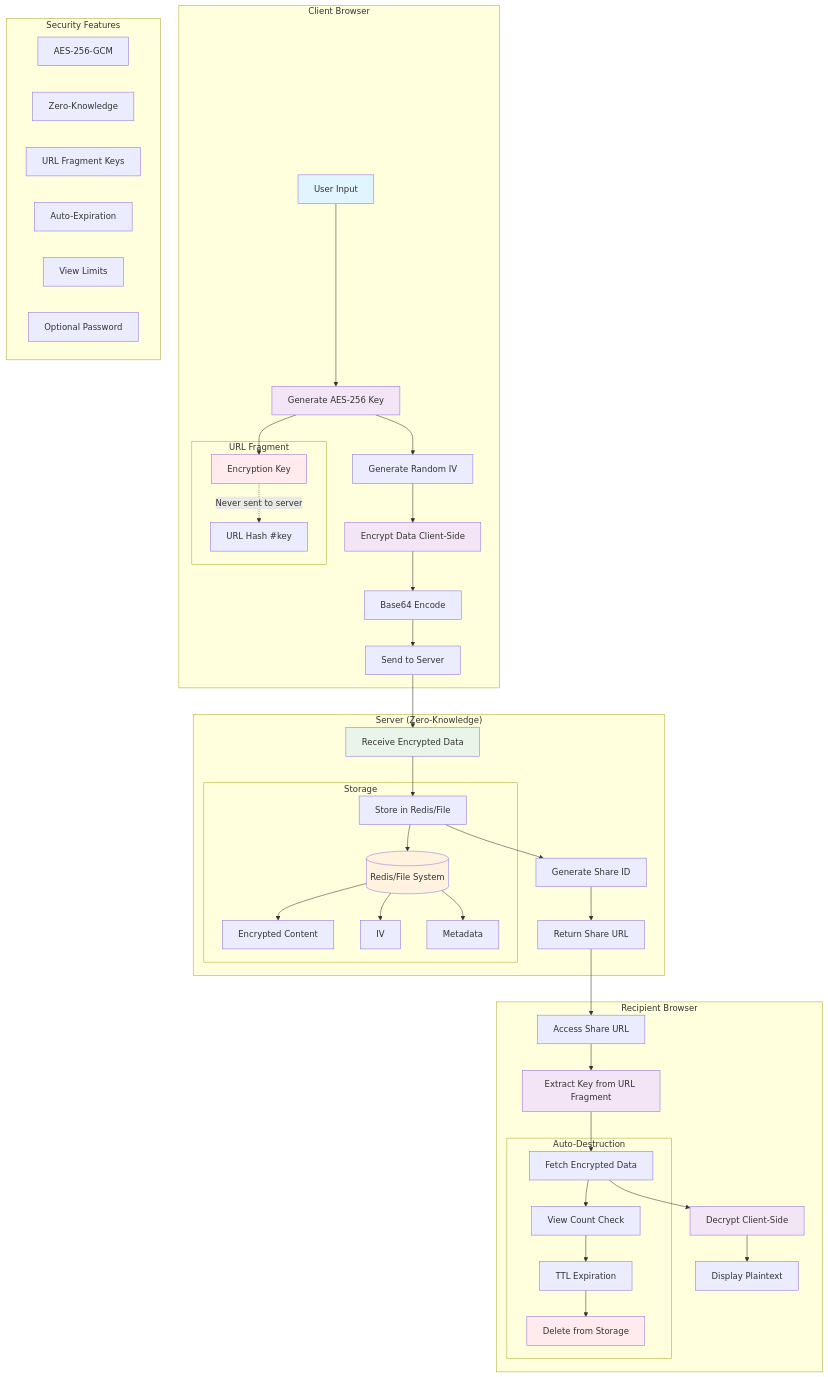
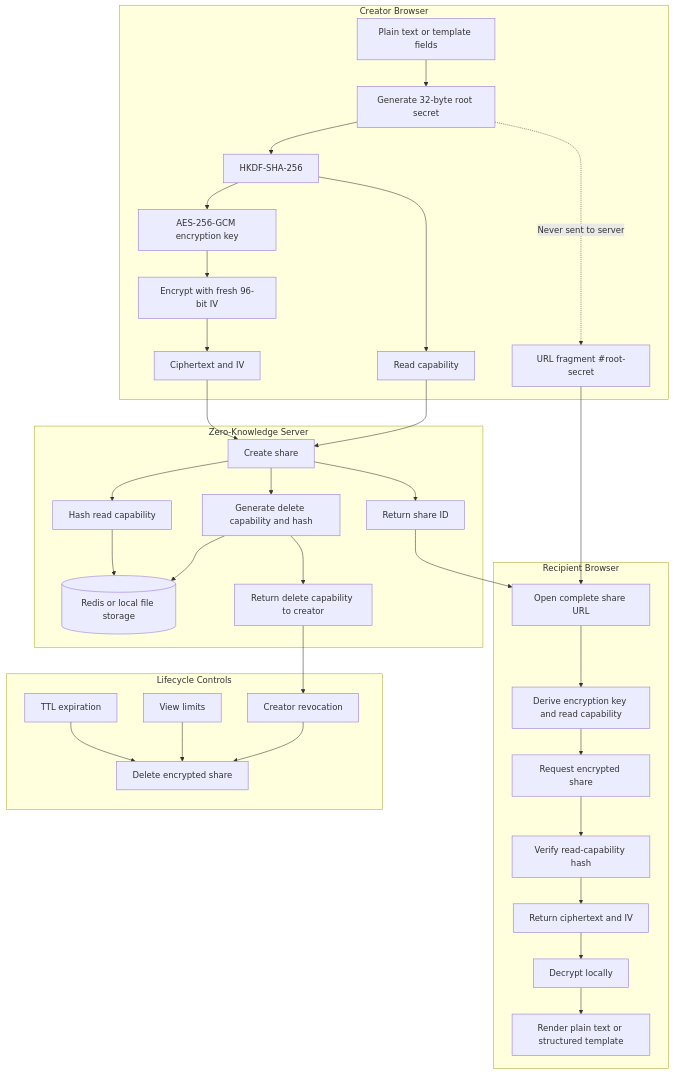
The diagram in README.md (dele-to/dele-to), drawn with Mermaid before and after one commit. The commit also changed other lines of this file and 17 other files, not shown here.

````diff
--- a/README.md
+++ b/README.md
@@ -150,71 +154,44 @@
 ```mermaid
 graph TB
-    subgraph "Client Browser"
-        A[User Input] --> B[Generate AES-256 Key]
-        B --> C[Generate Random IV]
-        C --> D[Encrypt Data Client-Side]
-        D --> E[Base64 Encode]
-        E --> F[Send to Server]
-        
-        subgraph "URL Fragment"
-            G[Encryption Key]
-            G -.->|Never sent to server| H[URL Hash #key]
-        end
-        
-        B --> G
+    subgraph "Creator Browser"
+        A[Plain text or template fields] --> B[Generate 32-byte root secret]
+        B --> C[HKDF-SHA-256]
+        C --> D[AES-256-GCM encryption key]
+        C --> E[Read capability]
+        D --> F[Encrypt with fresh 96-bit IV]
+        F --> G[Ciphertext and IV]
+        B -.->|Never sent to server| H[URL fragment #root-secret]
     end
-    
-    subgraph "Server (Zero-Knowledge)"
-        F --> I[Receive Encrypted Data]
-        I --> J[Store in Redis/File]
-        J --> K[Generate Share ID]
-        K --> L[Return Share URL]
-        
-        subgraph "Storage"
-            M[(Redis/File System)]
-            N[Encrypted Content]
-            O[IV]
-            P[Metadata]
-            J --> M
-            M --> N
-            M --> O  
-            M --> P
-        end
+
+    subgraph "Zero-Knowledge Server"
+        G --> I[Create share]
+        E --> I
+        I --> J[Hash read capability]
+        I --> K[Generate delete capability and hash]
+        J --> L[(Redis or local file storage)]
+        K --> L
+        I --> M[Return share ID]
+        K --> Y[Return delete capability to creator]
     end
-    
+
     subgraph "Recipient Browser"
-        L --> Q[Access Share URL]
-        Q --> R[Extract Key from URL Fragment]
-        R --> S[Fetch Encrypted Data]
-        S --> T[Decrypt Client-Side]
-        T --> U[Display Plaintext]
-        
-        subgraph "Auto-Destruction"
-            V[View Count Check]
-            W[TTL Expiration]
-            X[Delete from Storage]
-            S --> V
-            V --> W
-            W --> X
-        end
+        M --> N[Open complete share URL]
+        H --> N
+        N --> O[Derive encryption key and read capability]
+        O --> P[Request encrypted share]
+        P --> Q[Verify read-capability hash]
+        Q --> R[Return ciphertext and IV]
+        R --> S[Decrypt locally]
+        S --> T[Render plain text or structured template]
     end
-    
-    subgraph "Security Features"
-        Y[AES-256-GCM]
-        Z[Zero-Knowledge]
-        AA[URL Fragment Keys]
-        BB[Auto-Expiration]
-        CC[View Limits]
-        DD[Optional Password]
+
+    subgraph "Lifecycle Controls"
+        U[TTL expiration]
+        V[View limits]
+        W[Creator revocation]
+        U --> X[Delete encrypted share]
+        V --> X
+        Y --> W
+        W --> X
     end
-    
-    style A fill:#e1f5fe
-    style B fill:#f3e5f5
-    style D fill:#f3e5f5
-    style G fill:#ffebee
-    style I fill:#e8f5e8
-    style M fill:#fff3e0
-    style R fill:#f3e5f5
-    style T fill:#f3e5f5
-    style X fill:#ffebee
 ```
````
